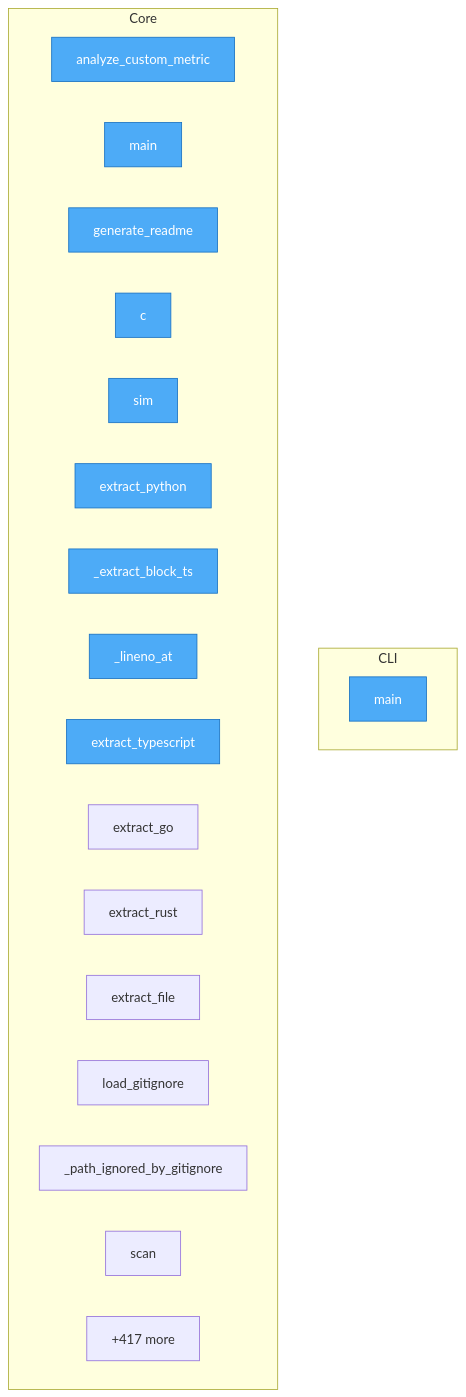
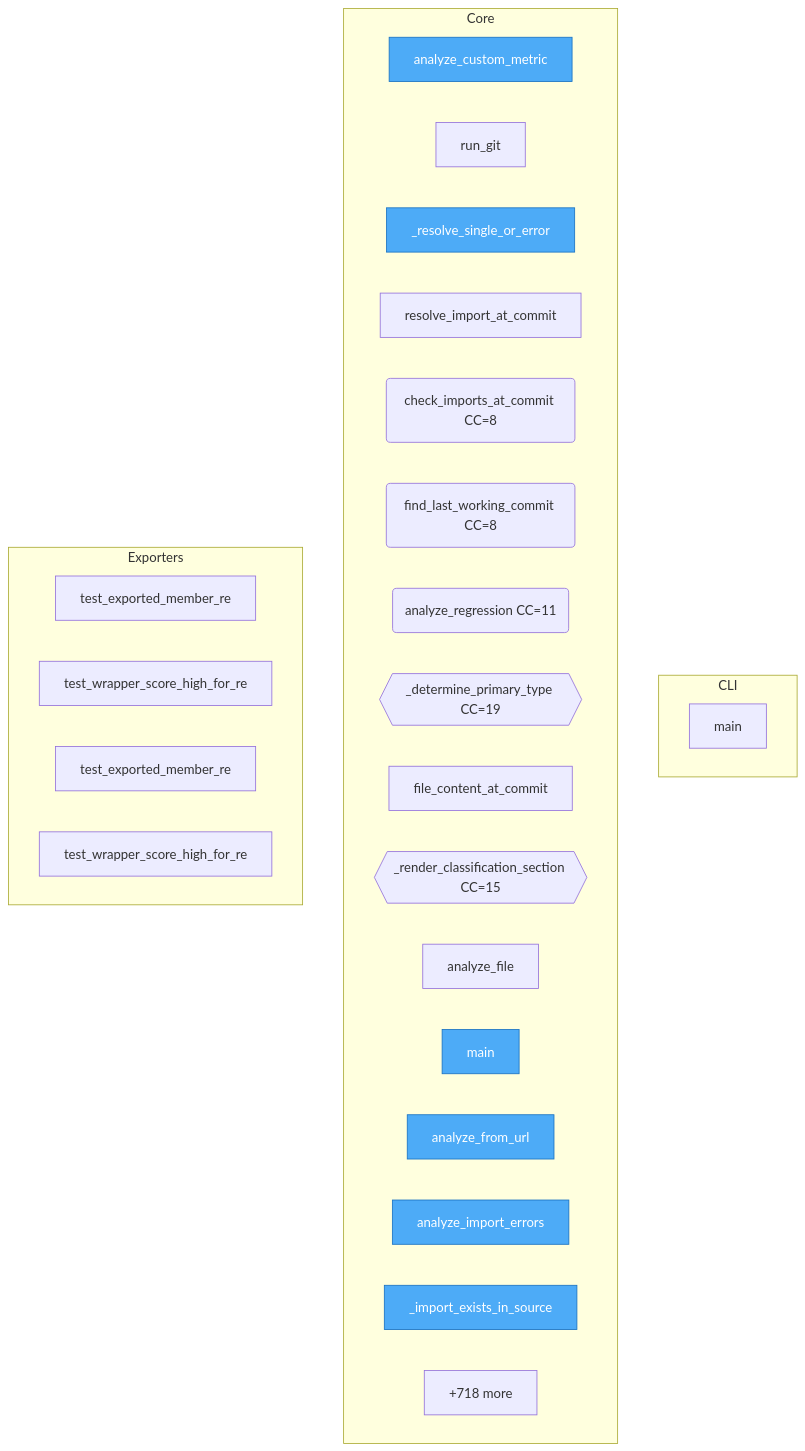
One commit to semcod/regres changed the diagram in project/flow.mmd. Above: the diagram before and after it, drawn with Mermaid. The commit also changed 35 other files, not shown here.

```diff
--- a/project/flow.mmd
+++ b/project/flow.mmd
@@ -1,29 +1,36 @@
 flowchart TD
 
     %% Entry points (blue)
     classDef entry fill:#4dabf7,stroke:#1971c2,color:#fff
 
     subgraph CLI
         regres__regres_cli__main["main"]
     end
 
     subgraph Core
         docs__DOCTOR__analyze_custom_metric["analyze_custom_metric"]
-        regres__import_error_toon_report__main["main"]
-        docs__README__generate_readme["generate_readme"]
-        project__map__toon__c["c"]
-        project__map__toon__sim["sim"]
-        project__map__toon__extract_python["extract_python"]
-        project__map__toon___extract_block_ts["_extract_block_ts"]
-        project__map__toon___lineno_at["_lineno_at"]
-        project__map__toon__extract_typescript["extract_typescript"]
-        project__map__toon__extract_go["extract_go"]
-        project__map__toon__extract_rust["extract_rust"]
-        project__map__toon__extract_file["extract_file"]
-        project__map__toon__load_gitignore["load_gitignore"]
-        project__map__toon___path_ignored_by_gitignore["_path_ignored_by_gitignore"]
-        project__map__toon__scan["scan"]
-        ...["+417 more"]
+        regres__regres__run_git["run_git"]
+        regres__regres___resolve_single_or_error["_resolve_single_or_error"]
+        regres__regres__resolve_import_at_commit["resolve_import_at_commit"]
+        regres__regres__check_imports_at_commit("check_imports_at_commit CC=8")
+        regres__regres__find_last_working_commit("find_last_working_commit CC=8")
+        regres__regres__analyze_regression("analyze_regression CC=11")
+        regres__regres___determine_primary_type{{_determine_primary_type CC=19}}
+        regres__regres__file_content_at_commit["file_content_at_commit"]
+        regres__regres___render_classification_section{{_render_classification_section CC=15}}
+        regres__regres__analyze_file["analyze_file"]
+        regres__regres__main["main"]
+        regres__doctor__DoctorOrchestrator__analyze_from_url["analyze_from_url"]
+        regres__doctor__DoctorOrchestrator__analyze_import_errors["analyze_import_errors"]
+        regres__doctor__DoctorOrchestrator___import_exists_in_source["_import_exists_in_source"]
+        ...["+718 more"]
     end
 
-    class docs__DOCTOR__analyze_custom_metric,regres__import_error_toon_report__main,regres__regres_cli__main,docs__README__generate_readme,project__map__toon__c,project__map__toon__sim,project__map__toon__extract_python,project__map__toon___extract_block_ts,project__map__toon___lineno_at,project__map__toon__extract_typescript entry
+    subgraph Exporters
+        project__map__toon__test_exported_member_re["test_exported_member_re"]
+        project__map__toon__test_wrapper_score_high_for_reexport["test_wrapper_score_high_for_re"]
+        SUMD__test_exported_member_re["test_exported_member_re"]
+        SUMD__test_wrapper_score_high_for_reexport["test_wrapper_score_high_for_re"]
+    end
+
+    class docs__DOCTOR__analyze_custom_metric,regres__regres___resolve_single_or_error,regres__regres__main,regres__doctor__DoctorOrchestrator__analyze_from_url,regres__doctor__DoctorOrchestrator__analyze_import_errors,regres__doctor__DoctorOrchestrator___import_exists_in_source,regres__doctor__DoctorOrchestrator___resolve_alias_target,regres__doctor__DoctorOrchestrator___parse_ts_errors,regres__doctor__DoctorOrchestrator___extract_missing_modules,regres__doctor__DoctorOrchestrator___diagnose_import_issue entry
```
